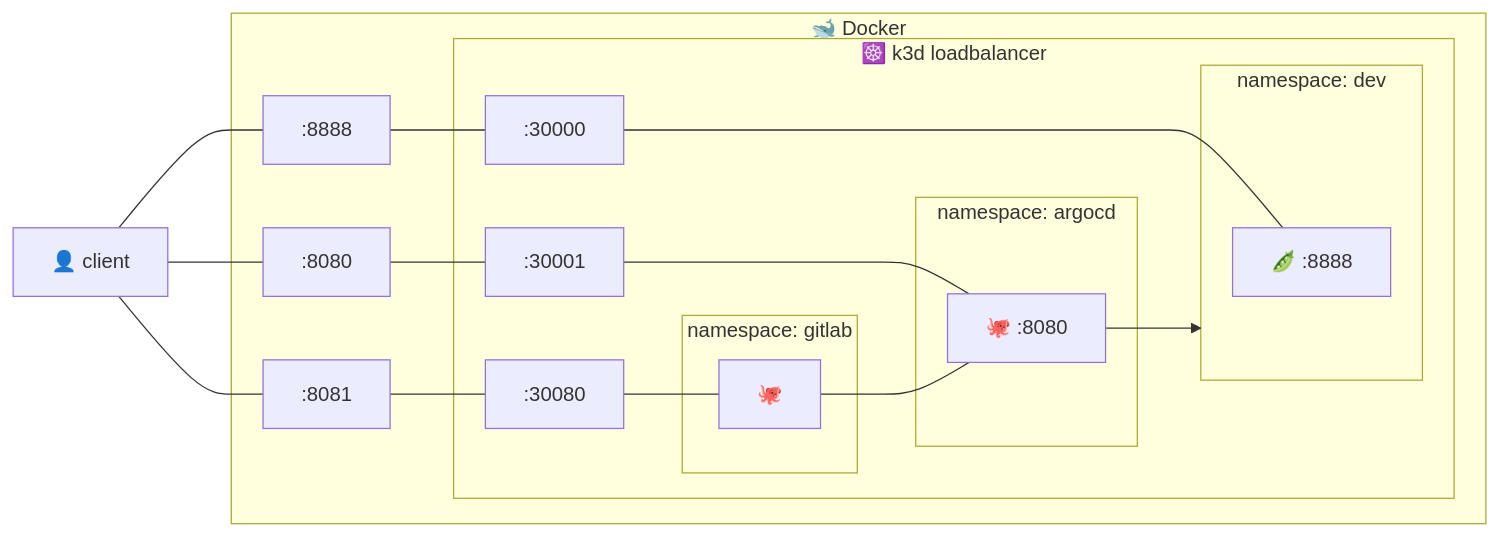
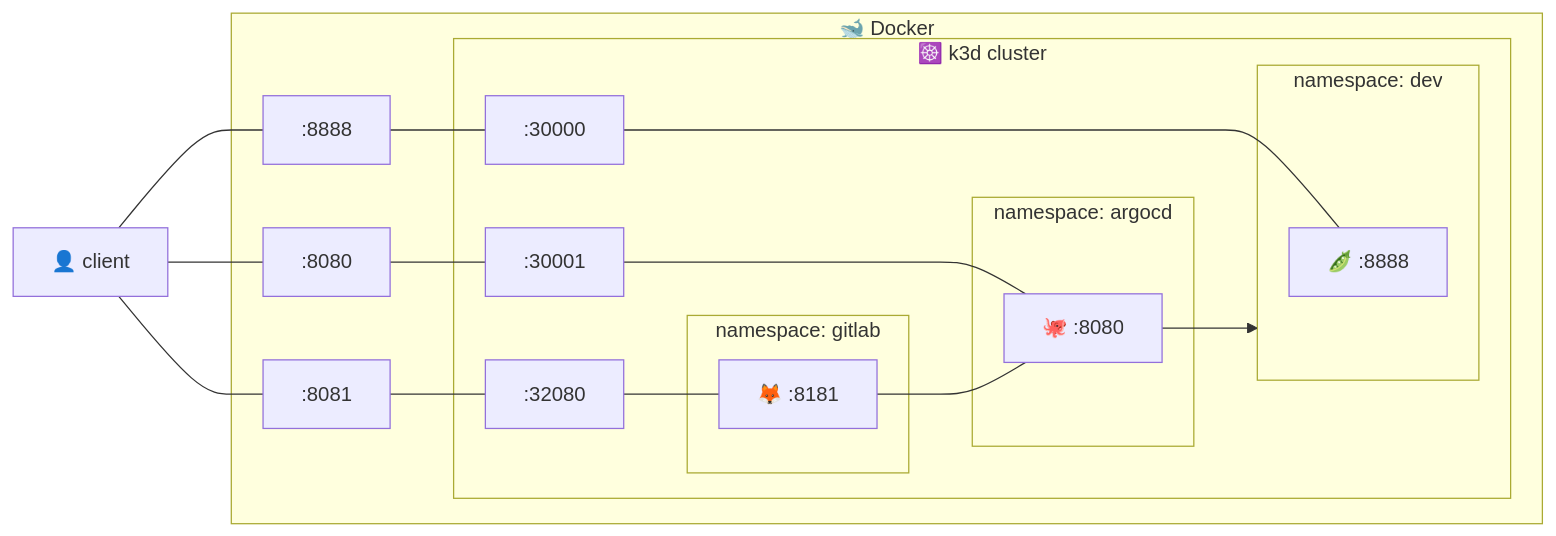
The fourth of 4 diagrams in README.md (047cburgess/inception-of-things), drawn with Mermaid before and after one commit. The commit also changed other lines of this file and 3 other files, not shown here.

````diff
--- a/README.md
+++ b/README.md
@@ -102,28 +126,28 @@
 ```mermaid
 flowchart LR
     client["👤 client"]
     subgraph docker["🐋 Docker"]
         h8080[":8080"]
         h8888[":8888"]
         h8081[":8081"]
-        subgraph k3d["☸️ k3d loadbalancer"]
+        subgraph k3d["☸️ k3d cluster"]
             lb30001[":30001"]
             lb30000[":30000"]
-            lb30080[":30080"]
+            lb30080[":32080"]
             subgraph argocd_ns["namespace: argocd"]
                 argocd["🐙 :8080"]
             end
             subgraph dev_ns["namespace: dev"]
                 app["🫛 :8888"]
             end
             subgraph git_ns["namespace: gitlab"]
-                gitlab["🐙"]
+                gitlab["🦊 :8181"]
             end
         end
     end
     client --- h8080 --- lb30001 ---- argocd
     client --- h8888 --- lb30000 ----- app
     client --- h8081 --- lb30080 --- gitlab
     argocd --> dev_ns
     gitlab --- argocd 
 ```
````
